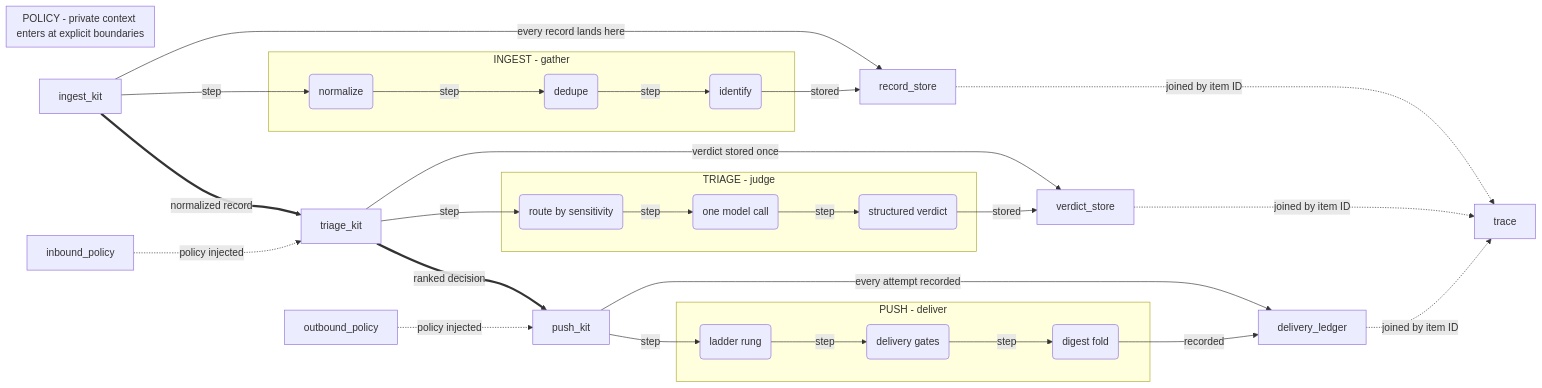
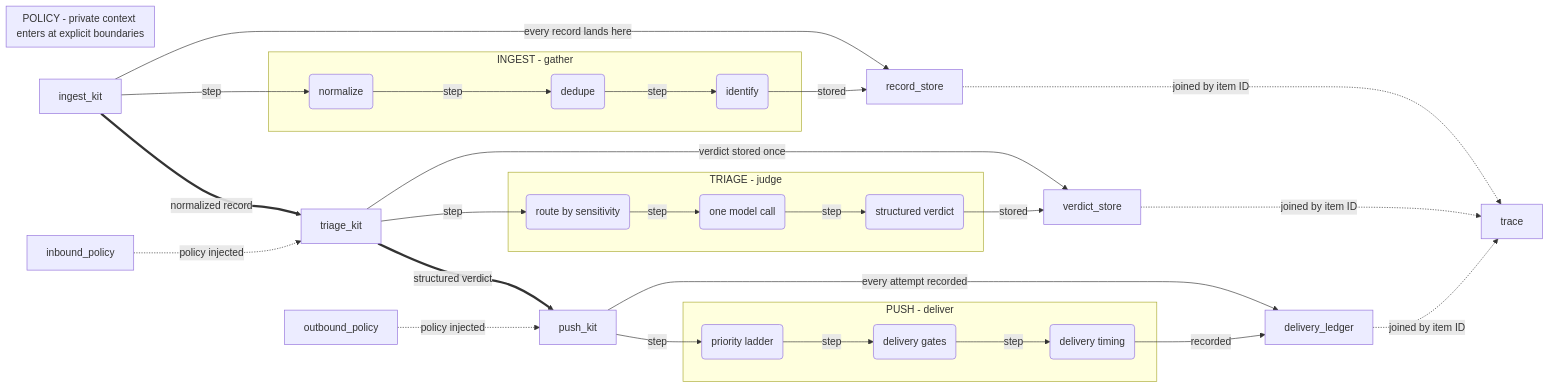
Before and after one commit to Jarvie8176/portfolio: the diagram in src/diagrams/amanuensis-architecture.mmd, drawn with Mermaid. The commit also changed 10 other files, not shown here.

```diff
--- a/src/diagrams/amanuensis-architecture.mmd
+++ b/src/diagrams/amanuensis-architecture.mmd
@@ -1,41 +1,41 @@
 flowchart LR
   subgraph grp_policy ["POLICY - private context enters at explicit boundaries"]
   end
   subgraph grp_ingest ["INGEST - gather"]
     d_normalize("normalize")
     d_dedupe("dedupe")
     d_identify("identify")
   end
   subgraph grp_triage ["TRIAGE - judge"]
     d_route("route by sensitivity")
     d_call("one model call")
     d_verdict("structured verdict")
   end
   subgraph grp_push ["PUSH - deliver"]
-    d_ladder("ladder rung")
+    d_ladder("priority ladder")
     d_gates("delivery gates")
-    d_fold("digest fold")
+    d_fold("delivery timing")
   end
 
   ingest_kit ==>|normalized record| triage_kit
-  triage_kit ==>|ranked decision| push_kit
+  triage_kit ==>|structured verdict| push_kit
   inbound_policy -.->|policy injected| triage_kit
   outbound_policy -.->|policy injected| push_kit
   ingest_kit -->|every record lands here| record_store
   triage_kit -->|verdict stored once| verdict_store
   push_kit -->|every attempt recorded| delivery_ledger
   ingest_kit -->|step| d_normalize
   d_normalize -->|step| d_dedupe
   d_dedupe -->|step| d_identify
   d_identify -->|stored| record_store
   triage_kit -->|step| d_route
   d_route -->|step| d_call
   d_call -->|step| d_verdict
   d_verdict -->|stored| verdict_store
   push_kit -->|step| d_ladder
   d_ladder -->|step| d_gates
   d_gates -->|step| d_fold
   d_fold -->|recorded| delivery_ledger
   record_store -.->|joined by item ID| trace
   verdict_store -.->|joined by item ID| trace
   delivery_ledger -.->|joined by item ID| trace
```
